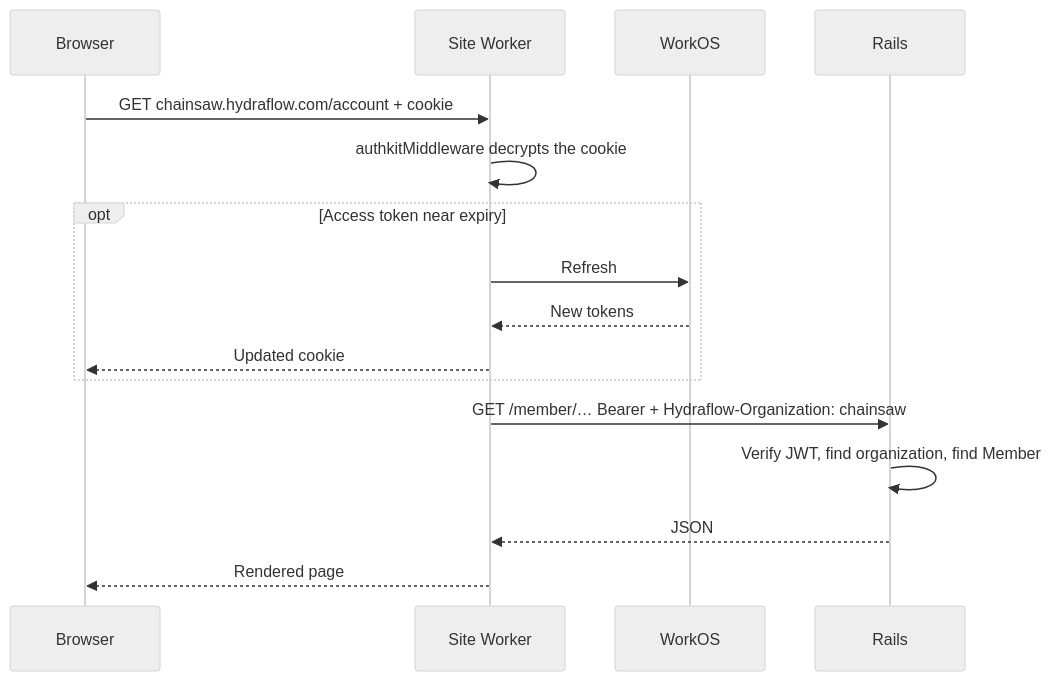
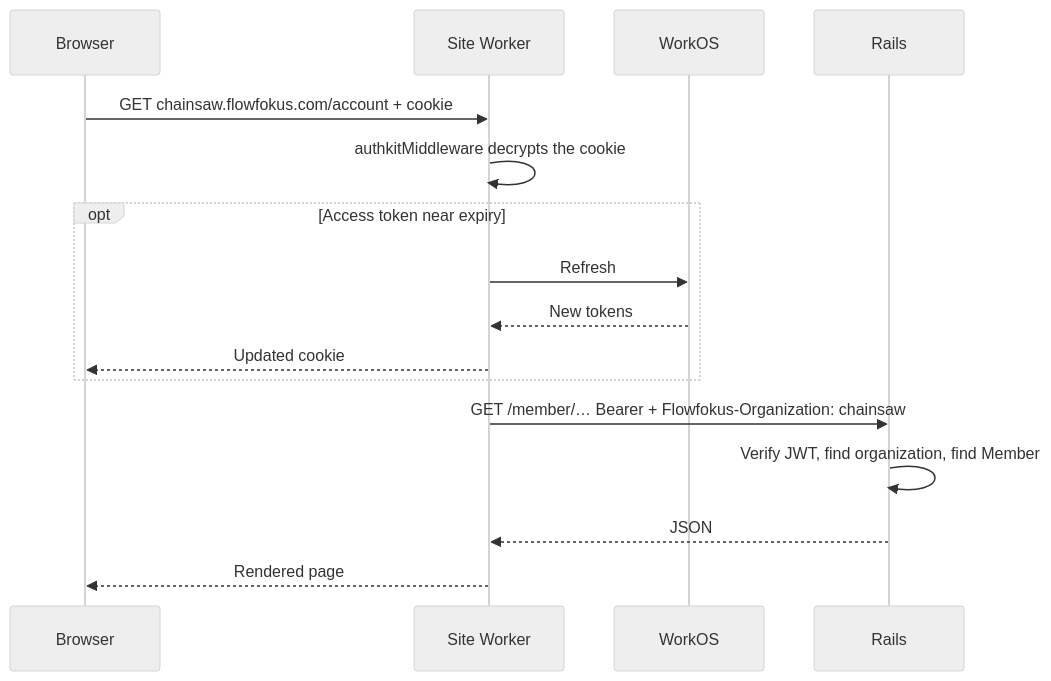
The third of 4 diagrams in docs/authentication.md (kennedywee/flowfokus), drawn with Mermaid (neutral theme) before and after one commit. The commit also changed other lines of this file and 89 other files, not shown here.

First line of the commit message:
chore: rename Hydraflow to Flowfokus

````diff
--- a/docs/authentication.md
+++ b/docs/authentication.md
@@ -128,18 +128,18 @@
 ```mermaid
 sequenceDiagram
   participant B as Browser
   participant S as Site Worker
   participant W as WorkOS
   participant R as Rails
-  B->>S: GET chainsaw.hydraflow.com/account + cookie
+  B->>S: GET chainsaw.flowfokus.com/account + cookie
   S->>S: authkitMiddleware decrypts the cookie
   opt Access token near expiry
     S->>W: Refresh
     W-->>S: New tokens
     S-->>B: Updated cookie
   end
-  S->>R: GET /member/… Bearer + Hydraflow-Organization: chainsaw
+  S->>R: GET /member/… Bearer + Flowfokus-Organization: chainsaw
   R->>R: Verify JWT, find organization, find Member
   R-->>S: JSON
   S-->>B: Rendered page
 ```
````
